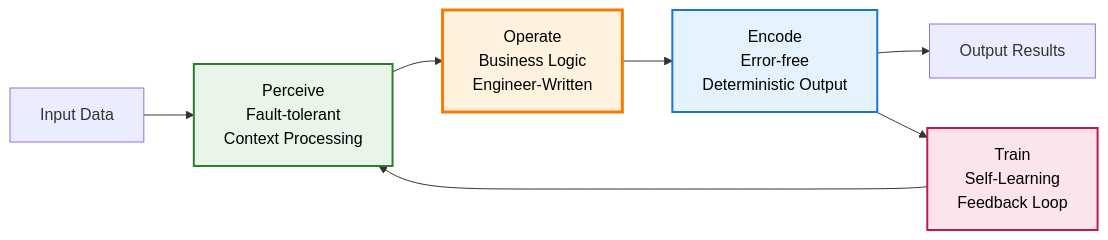
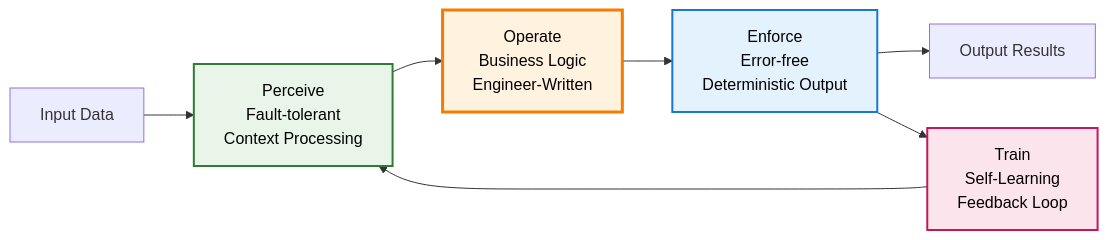
The diagram in docs/for-engineers/reference/poet-usage-guide.md (aitomatic/dana), drawn with Mermaid before and after one commit. The commit also changed other lines of this file and 175 other files, not shown here.

````diff
--- a/docs/for-engineers/reference/poet-usage-guide.md
+++ b/docs/for-engineers/reference/poet-usage-guide.md
@@ -14,14 +14,14 @@
 ```mermaid
 graph LR
     A[Input Data] --> B[Perceive<br/>Fault-tolerant<br/>Context Processing]
     B --> C[Operate<br/>Business Logic<br/>Engineer-Written]
-    C --> D[Encode<br/>Error-free<br/>Deterministic Output]
+    C --> D[Enforce<br/>Error-free<br/>Deterministic Output]
     D --> E[Output Results]
     D --> F[Train<br/>Self-Learning<br/>Feedback Loop]
     F --> B
     
     style B fill:#e8f5e8,stroke:#2e7d32,stroke-width:2px,color:#000
     style C fill:#fff3e0,stroke:#f57c00,stroke-width:3px,color:#000
     style D fill:#e3f2fd,stroke:#1976d2,stroke-width:2px,color:#000
     style F fill:#fce4ec,stroke:#c2185b,stroke-width:2px,color:#000
 ```
````
